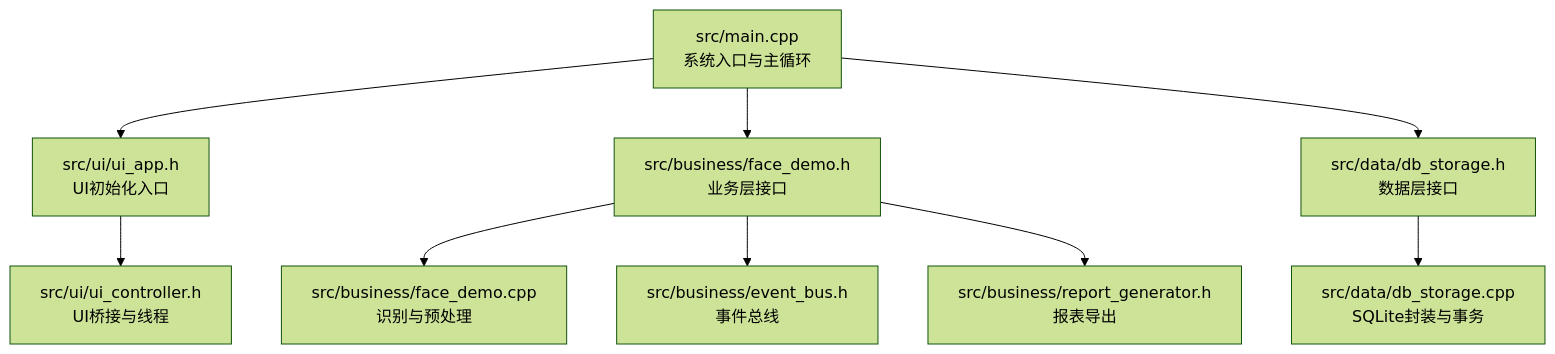
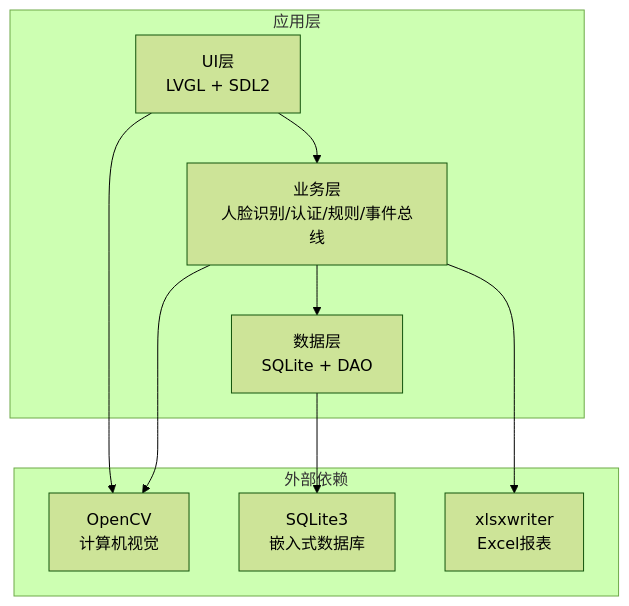
One commit to Drunk552/SmartAttendance changed the first of 7 diagrams in .qoder/repowiki/zh/content/项目概述.md. Above: the diagram before and after it, drawn with Mermaid (forest theme). The commit also changed other lines of this file and 119 other files, not shown here.

````diff
--- a/.qoder/repowiki/zh/content/项目概述.md
+++ b/.qoder/repowiki/zh/content/项目概述.md
@@ -46,11 +41,19 @@
 ```mermaid
 graph TB
-A["src/main.cpp<br/>系统入口与主循环"] --> B["src/ui/ui_app.h<br/>UI初始化入口"]
-A --> C["src/business/face_demo.h<br/>业务层接口"]
-A --> D["src/data/db_storage.h<br/>数据层接口"]
-B --> E["src/ui/ui_controller.h<br/>UI桥接与线程"]
-C --> F["src/business/face_demo.cpp<br/>识别与预处理"]
-D --> G["src/data/db_storage.cpp<br/>SQLite封装与事务"]
-C --> H["src/business/event_bus.h<br/>事件总线"]
-C --> I["src/business/report_generator.h<br/>报表导出"]
+subgraph "应用层"
+UI["UI层<br/>LVGL + SDL2"]
+Business["业务层<br/>人脸识别/认证/规则/事件总线"]
+Data["数据层<br/>SQLite + DAO"]
+end
+subgraph "外部依赖"
+OpenCV["OpenCV<br/>计算机视觉"]
+SQLite["SQLite3<br/>嵌入式数据库"]
+XLSX["xlsxwriter<br/>Excel报表"]
+end
+UI --> Business
+Business --> Data
+UI --> OpenCV
+Business --> OpenCV
+Data --> SQLite
+Business --> XLSX
 ```
````
